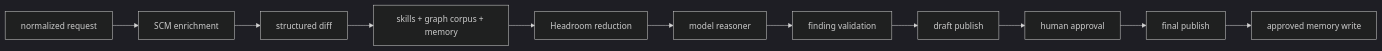
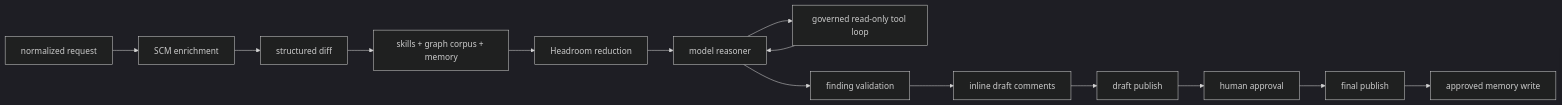
One commit to Y4NN777/7review changed the second of 2 diagrams in README.md. Above: the diagram before and after it, drawn with Mermaid (dark theme). The commit also changed other lines of this file, not shown here.

````diff
--- a/README.md
+++ b/README.md
@@ -64,13 +97,16 @@
 ```mermaid
 flowchart LR
     Request[normalized request] --> Enrich[SCM enrichment]
     Enrich --> Diff[structured diff]
     Diff --> Context[skills + graph corpus + memory]
     Context --> Reduce[Headroom reduction]
     Reduce --> Review[model reasoner]
+    Review --> ToolsLoop[governed read-only tool loop]
+    ToolsLoop --> Review
     Review --> Validate[finding validation]
-    Validate --> Draft[draft publish]
+    Validate --> Inline[inline draft comments]
+    Inline --> Draft[draft publish]
     Draft --> HIL[human approval]
     HIL --> Final[final publish]
     Final --> Memory[approved memory write]
 ```
````
